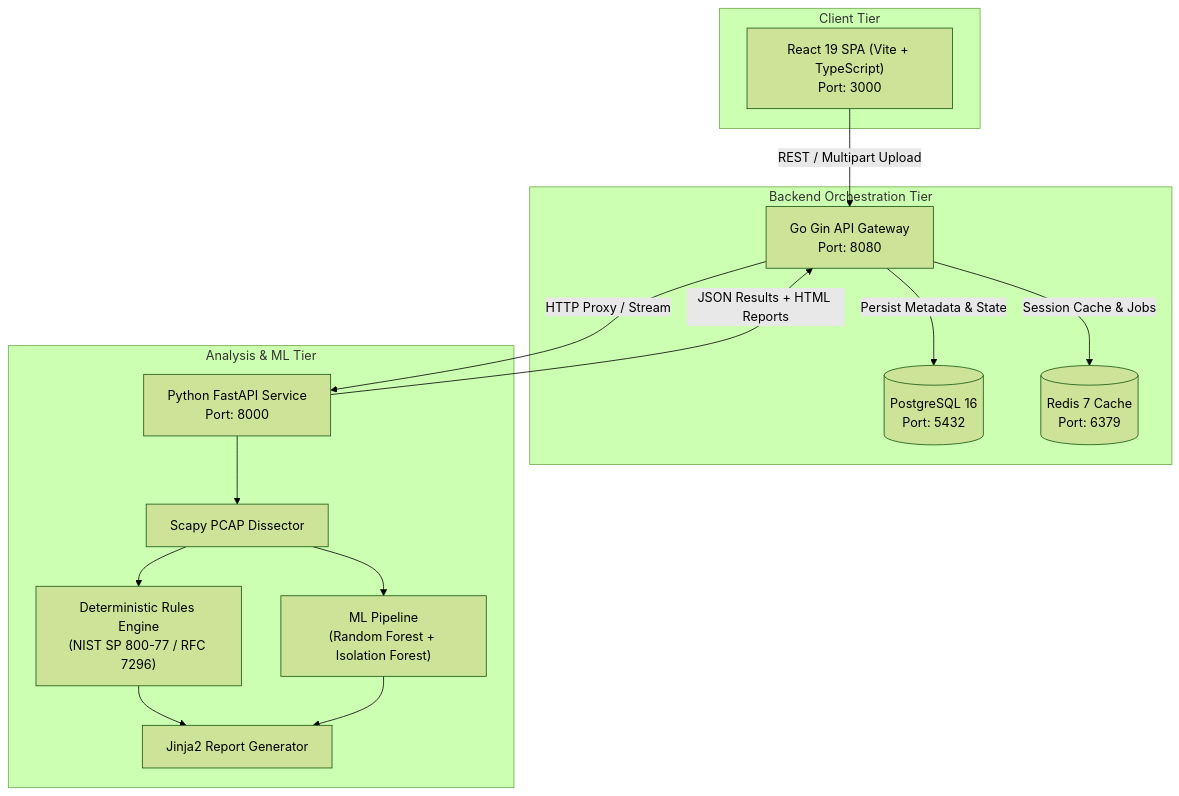
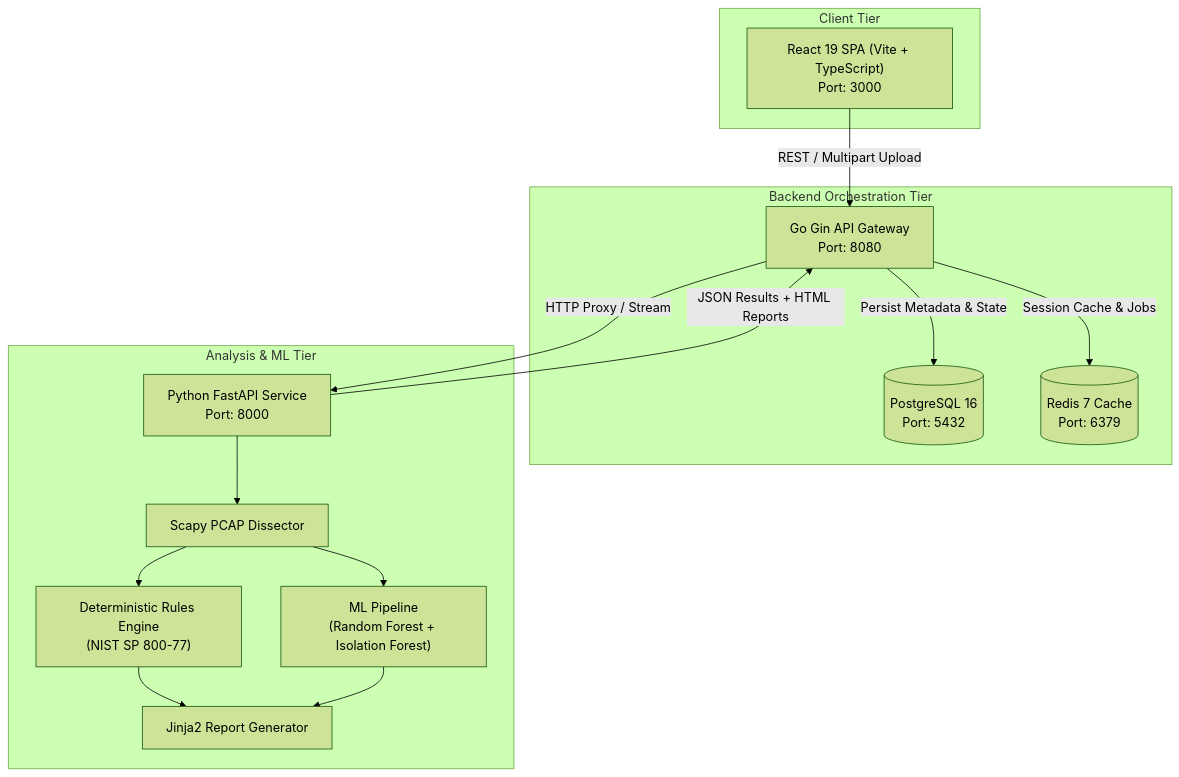
One commit to amshithnair/ipsec-vpn changed the first of 3 diagrams in README.md. Above: the diagram before and after it, drawn with Mermaid (forest theme). The commit also changed other lines of this file, not shown here.

````diff
--- a/README.md
+++ b/README.md
@@ -60,30 +67,30 @@
 ```mermaid
 flowchart TB
     subgraph Client["Client Tier"]
         UI["React 19 SPA (Vite + TypeScript)<br/>Port: 3000"]
     end
 
     subgraph BackendTier["Backend Orchestration Tier"]
         API["Go Gin API Gateway<br/>Port: 8080"]
         PG[("PostgreSQL 16<br/>Port: 5432")]
         RD[("Redis 7 Cache<br/>Port: 6379")]
     end
 
     subgraph EngineTier["Analysis & ML Tier"]
         AI["Python FastAPI Service<br/>Port: 8000"]
         SCAP["Scapy PCAP Dissector"]
-        RE["Deterministic Rules Engine<br/>(NIST SP 800-77 / RFC 7296)"]
+        RE["Deterministic Rules Engine<br/>(NIST SP 800-77)"]
         ML["ML Pipeline<br/>(Random Forest + Isolation Forest)"]
         REP["Jinja2 Report Generator"]
     end
 
     UI -->|REST / Multipart Upload| API
     API -->|Persist Metadata & State| PG
     API -->|Session Cache & Jobs| RD
     API -->|HTTP Proxy / Stream| AI
     AI --> SCAP
     SCAP --> RE
     SCAP --> ML
     RE & ML --> REP
     AI -->|JSON Results + HTML Reports| API
 ```
````
